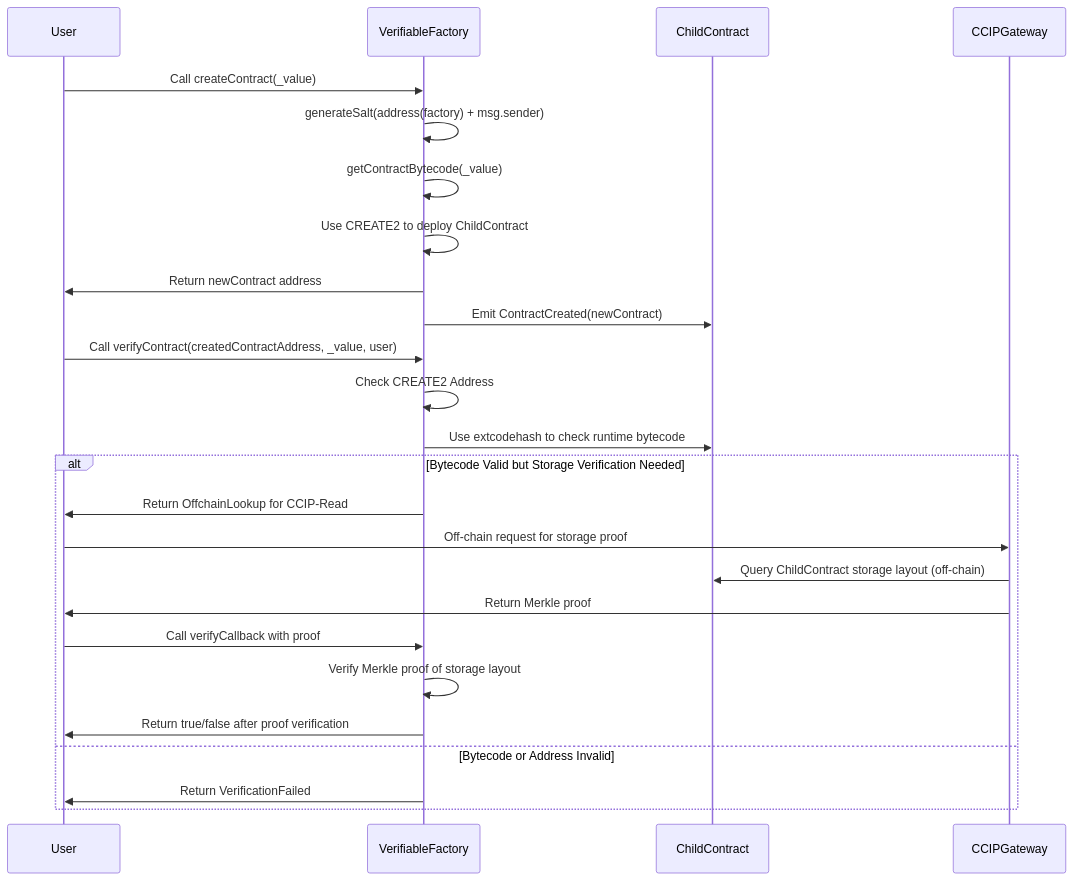
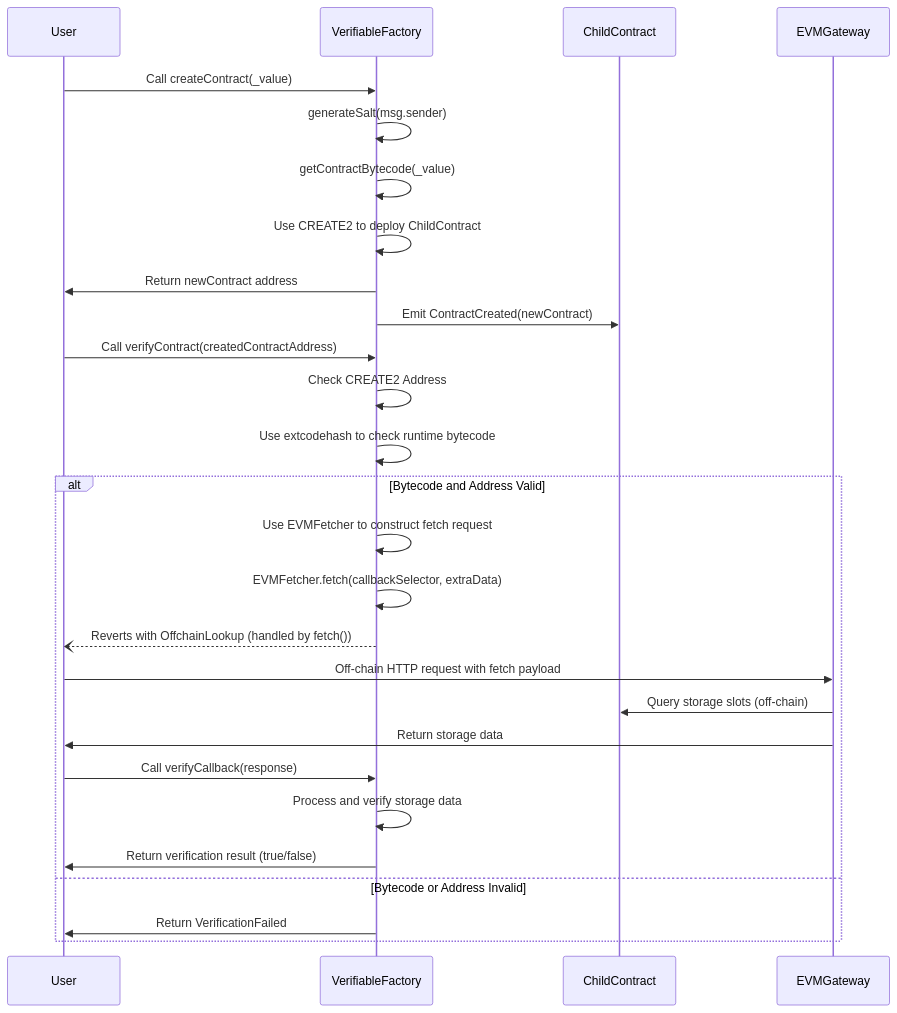
Before and after one commit to mdtanrikulu/verifiable-factory: the diagram in README.md, drawn with Mermaid. The commit also changed other lines of this file and 3 other files, not shown here.

Commit message:
update architecture, implement evmfetcher

````diff
--- a/README.md
+++ b/README.md
@@ -25,31 +26,33 @@
 ```mermaid
 sequenceDiagram
     participant User
     participant VerifiableFactory
     participant ChildContract
-    participant CCIPGateway
+    participant EVMGateway
 
     %% Contract Creation Flow
     User->>VerifiableFactory: Call createContract(_value)
-    VerifiableFactory->>VerifiableFactory: generateSalt(address(factory) + msg.sender)
+    VerifiableFactory->>VerifiableFactory: generateSalt(msg.sender)
     VerifiableFactory->>VerifiableFactory: getContractBytecode(_value)
     VerifiableFactory->>VerifiableFactory: Use CREATE2 to deploy ChildContract
     VerifiableFactory->>User: Return newContract address
     VerifiableFactory->>ChildContract: Emit ContractCreated(newContract)
 
     %% Contract Verification Flow
-    User->>VerifiableFactory: Call verifyContract(createdContractAddress, _value, user)
+    User->>VerifiableFactory: Call verifyContract(createdContractAddress)
     VerifiableFactory->>VerifiableFactory: Check CREATE2 Address
-    VerifiableFactory->>ChildContract: Use extcodehash to check runtime bytecode
-    alt Bytecode Valid but Storage Verification Needed
-        VerifiableFactory->>User: Return OffchainLookup for CCIP-Read
-        User->>CCIPGateway: Off-chain request for storage proof
-        CCIPGateway->>ChildContract: Query ChildContract storage layout (off-chain)
-        CCIPGateway->>User: Return Merkle proof
-        User->>VerifiableFactory: Call verifyCallback with proof
-        VerifiableFactory->>VerifiableFactory: Verify Merkle proof of storage layout
-        VerifiableFactory->>User: Return true/false after proof verification
+    VerifiableFactory->>VerifiableFactory: Use extcodehash to check runtime bytecode
+    alt Bytecode and Address Valid
+        VerifiableFactory->>VerifiableFactory: Use EVMFetcher to construct fetch request
+        VerifiableFactory->>VerifiableFactory: EVMFetcher.fetch(callbackSelector, extraData)
+        VerifiableFactory--)User: Reverts with OffchainLookup (handled by fetch())
+        User->>EVMGateway: Off-chain HTTP request with fetch payload
+        EVMGateway->>ChildContract: Query storage slots (off-chain)
+        EVMGateway->>User: Return storage data
+        User->>VerifiableFactory: Call verifyCallback(response)
+        VerifiableFactory->>VerifiableFactory: Process and verify storage data
+        VerifiableFactory->>User: Return verification result (true/false)
     else Bytecode or Address Invalid
         VerifiableFactory->>User: Return VerificationFailed
     end
 ```
````
